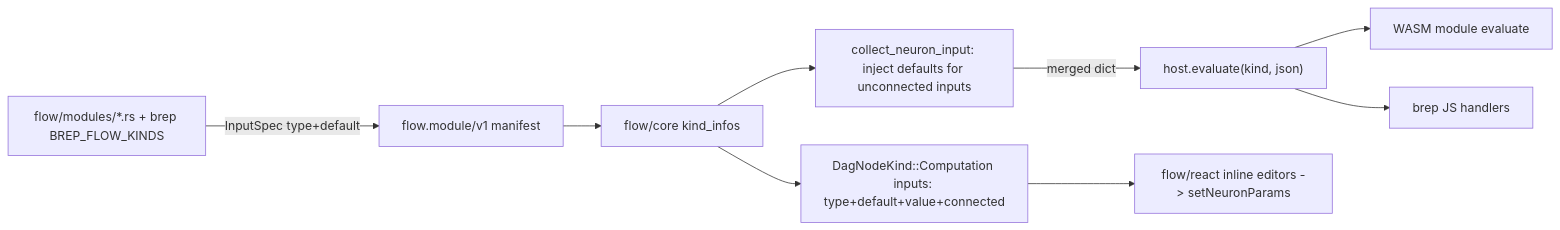
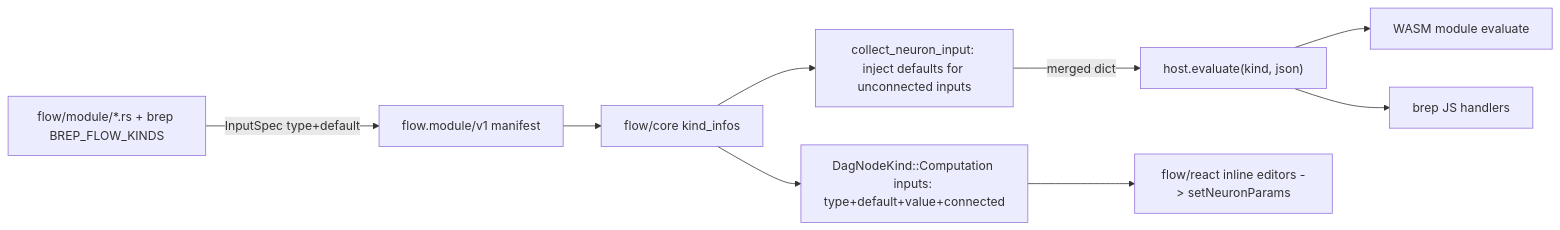
One commit to usalu/semio changed the diagram in .cursor/plans/declarative_node_defaults_options_a78ede94.plan.md. Above: the diagram before and after it, drawn with Mermaid. The commit also changed other lines of this file and 3878 other files, not shown here.

````diff
--- a/.cursor/plans/declarative_node_defaults_options_a78ede94.plan.md
+++ b/.cursor/plans/declarative_node_defaults_options_a78ede94.plan.md
@@ -40,11 +40,11 @@
 ```mermaid
 flowchart LR
-  Mods["flow/modules/*.rs + brep BREP_FLOW_KINDS"] -->|InputSpec type+default| Manifest["flow.module/v1 manifest"]
+  Mods["flow/module/*.rs + brep BREP_FLOW_KINDS"] -->|InputSpec type+default| Manifest["flow.module/v1 manifest"]
   Manifest --> Core["flow/core kind_infos"]
   Core --> Collect["collect_neuron_input: inject defaults for unconnected inputs"]
   Collect -->|merged dict| Dispatch["host.evaluate(kind, json)"]
   Dispatch --> Rust["WASM module evaluate"]
   Dispatch --> Brep["brep JS handlers"]
   Core --> Dag["DagNodeKind::Computation inputs: type+default+value+connected"]
   Dag --> UI["flow/react inline editors -> setNeuronParams"]
 ```
````
